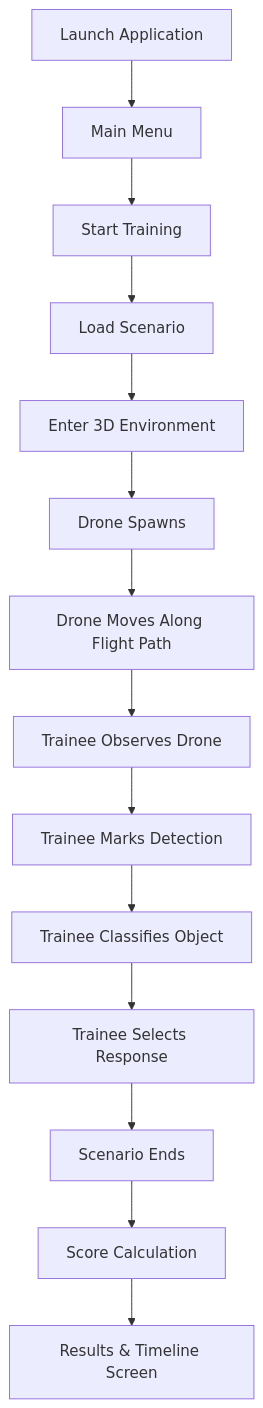
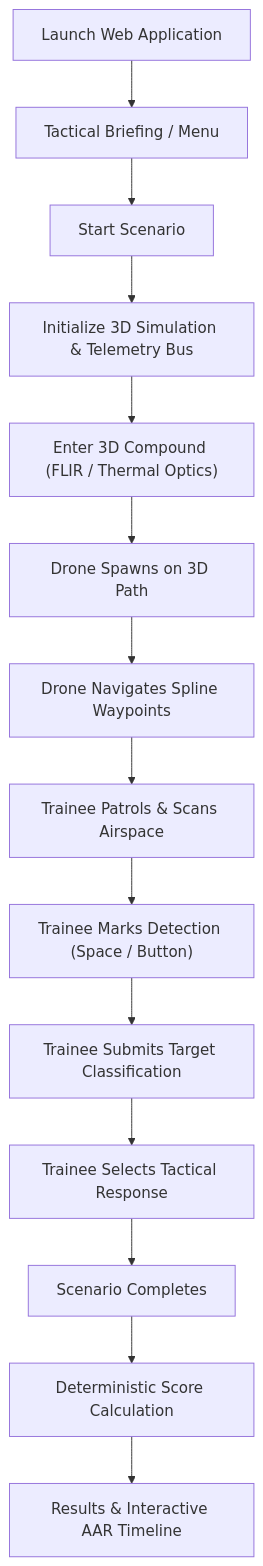
One commit to Subho4531/Project-Interceptor changed the diagram in docs/PRD.md. Above: the diagram before and after it, drawn with Mermaid. The commit also changed other lines of this file and 5 other files, not shown here.

Commit message:
docs: pivot architecture to Three.js and React Three Fiber WebGL simulation

````diff
--- a/docs/PRD.md
+++ b/docs/PRD.md
@@ -55,16 +55,16 @@
 ```mermaid
 flowchart TD
-    Launch["Launch Application"] --> Menu["Main Menu"]
-    Menu --> Start["Start Training"]
-    Start --> Load["Load Scenario"]
-    Load --> World["Enter 3D Environment"]
-    World --> Spawn["Drone Spawns"]
-    Spawn --> Flight["Drone Moves Along Flight Path"]
-    Flight --> Observe["Trainee Observes Drone"]
-    Observe --> Detect["Trainee Marks Detection"]
-    Detect --> Classify["Trainee Classifies Object"]
-    Classify --> Respond["Trainee Selects Response"]
-    Respond --> EndScenario["Scenario Ends"]
-    EndScenario --> CalcScore["Score Calculation"]
-    CalcScore --> ResultsScreen["Results & Timeline Screen"]
+    Launch["Launch Web Application"] --> Menu["Tactical Briefing / Menu"]
+    Menu --> Start["Start Scenario"]
+    Start --> Load["Initialize 3D Simulation & Telemetry Bus"]
+    Load --> World["Enter 3D Compound (FLIR / Thermal Optics)"]
+    World --> Spawn["Drone Spawns on 3D Path"]
+    Spawn --> Flight["Drone Navigates Spline Waypoints"]
+    Flight --> Observe["Trainee Patrols & Scans Airspace"]
+    Observe --> Detect["Trainee Marks Detection (Space / Button)"]
+    Detect --> Classify["Trainee Submits Target Classification"]
+    Classify --> Respond["Trainee Selects Tactical Response"]
+    Respond --> EndScenario["Scenario Completes"]
+    EndScenario --> CalcScore["Deterministic Score Calculation"]
+    CalcScore --> ResultsScreen["Results & Interactive AAR Timeline"]
 ```
````
